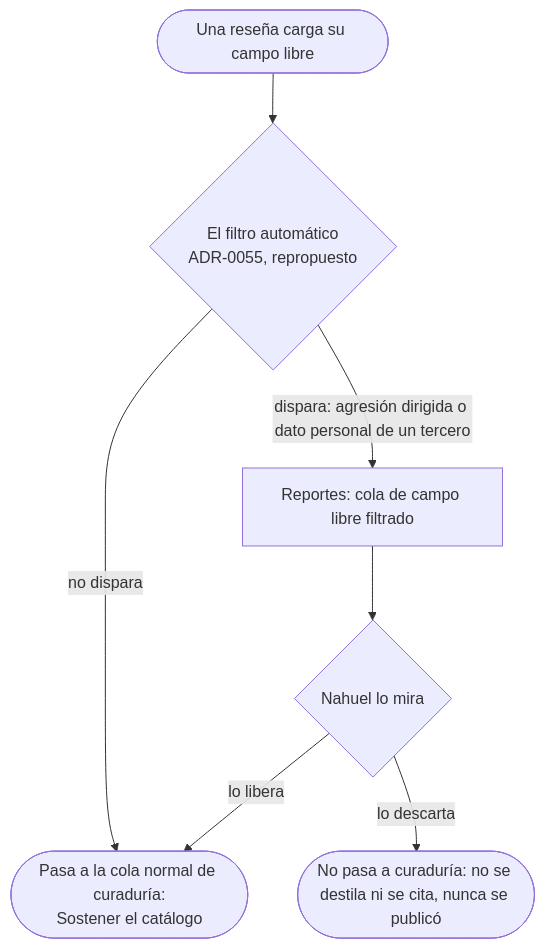
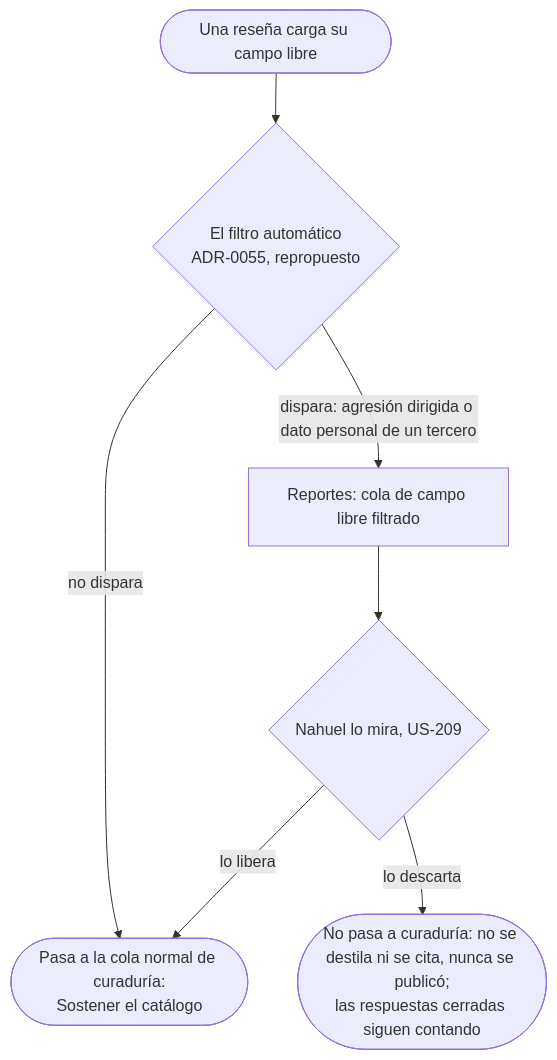
The first of 5 diagrams in docs/product/team/moderate-without-breaking-the-product/flow.md (lucasidev/plan-b), drawn with Mermaid before and after one commit. The commit also changed other lines of this file and 26 other files, not shown here.

````diff
--- a/docs/product/team/moderate-without-breaking-the-product/flow.md
+++ b/docs/product/team/moderate-without-breaking-the-product/flow.md
@@ -7,9 +7,9 @@
 ```mermaid
 flowchart TD
   A([Una reseña carga su campo libre]) --> B{El filtro automático<br/>ADR-0055, repropuesto}
   B -->|no dispara| C([Pasa a la cola normal de curaduría:<br/>Sostener el catálogo])
   B -->|dispara: agresión dirigida o dato personal de un tercero| D[Reportes: cola de campo libre filtrado]
-  D --> E{Nahuel lo mira}
+  D --> E{Nahuel lo mira, US-209}
   E -->|lo libera| C
-  E -->|lo descarta| F([No pasa a curaduría: no se destila ni se cita, nunca se publicó])
+  E -->|lo descarta| F([No pasa a curaduría: no se destila ni se cita, nunca se publicó;<br/>las respuestas cerradas siguen contando])
 ```
````
